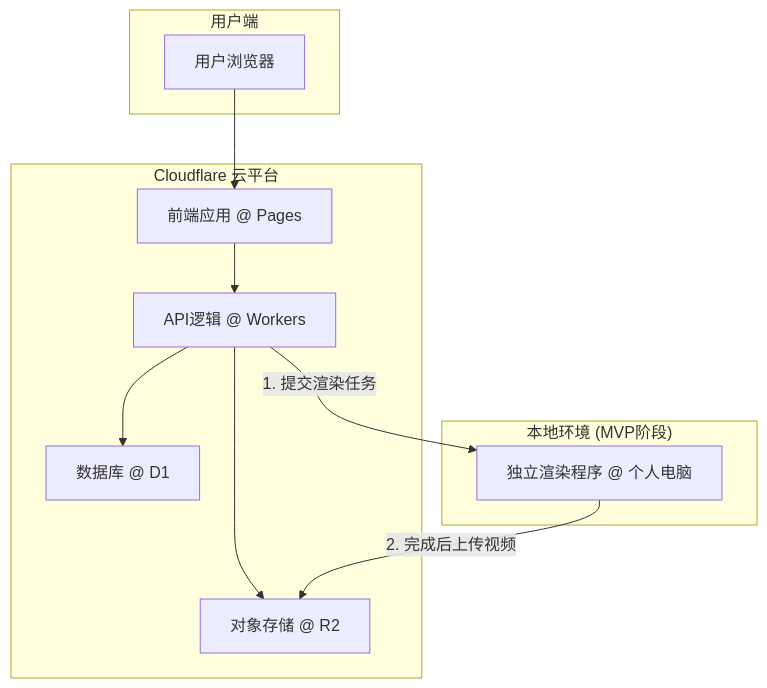
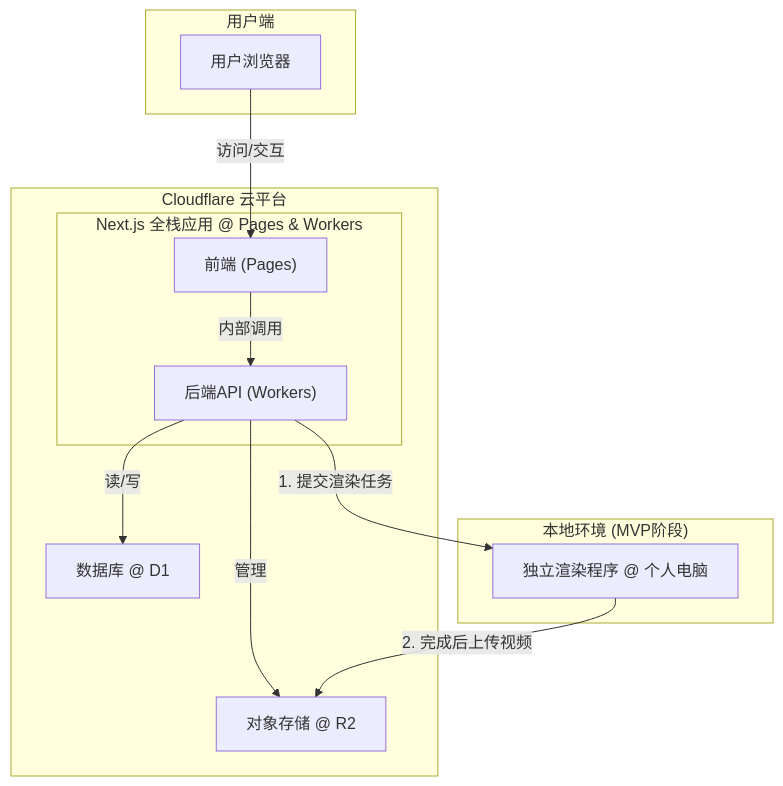
Before and after one commit to laurizinaida/podcast-video-app: the second of 6 diagrams in docs/architecture.md, drawn with Mermaid. The commit also changed other lines of this file and 63 other files, not shown here.

````diff
--- a/docs/architecture.md
+++ b/docs/architecture.md
@@ -77,24 +77,23 @@
 ```mermaid
 graph TD
     subgraph "用户端"
         A["用户浏览器"]
     end
-
     subgraph "Cloudflare 云平台"
-        B["前端应用 @ Pages"]
-        C["API逻辑 @ Workers"]
+        subgraph "Next.js 全栈应用 @ Pages & Workers"
+            B1["前端 (Pages)"]
+            B2["后端API (Workers)"]
+        end
         D["数据库 @ D1"]
         E["对象存储 @ R2"]
     end
-
     subgraph "本地环境 (MVP阶段)"
         F["独立渲染程序 @ 个人电脑"]
     end
-
-    A --> B
-    B --> C
-    C --> D
-    C --> E
-    C -->|"1. 提交渲染任务"| F
+    A -->|"访问/交互"| B1
+    B1 -->|"内部调用"| B2
+    B2 -->|"读/写"| D
+    B2 -->|"管理"| E
+    B2 -->|"1. 提交渲染任务"| F
     F -->|"2. 完成后上传视频"| E
 ```
````
